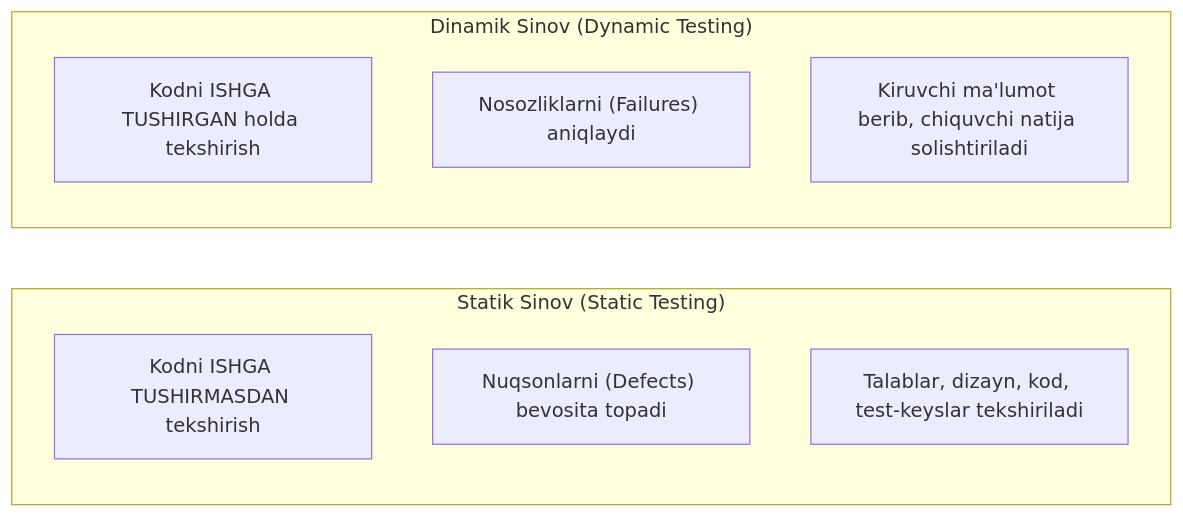
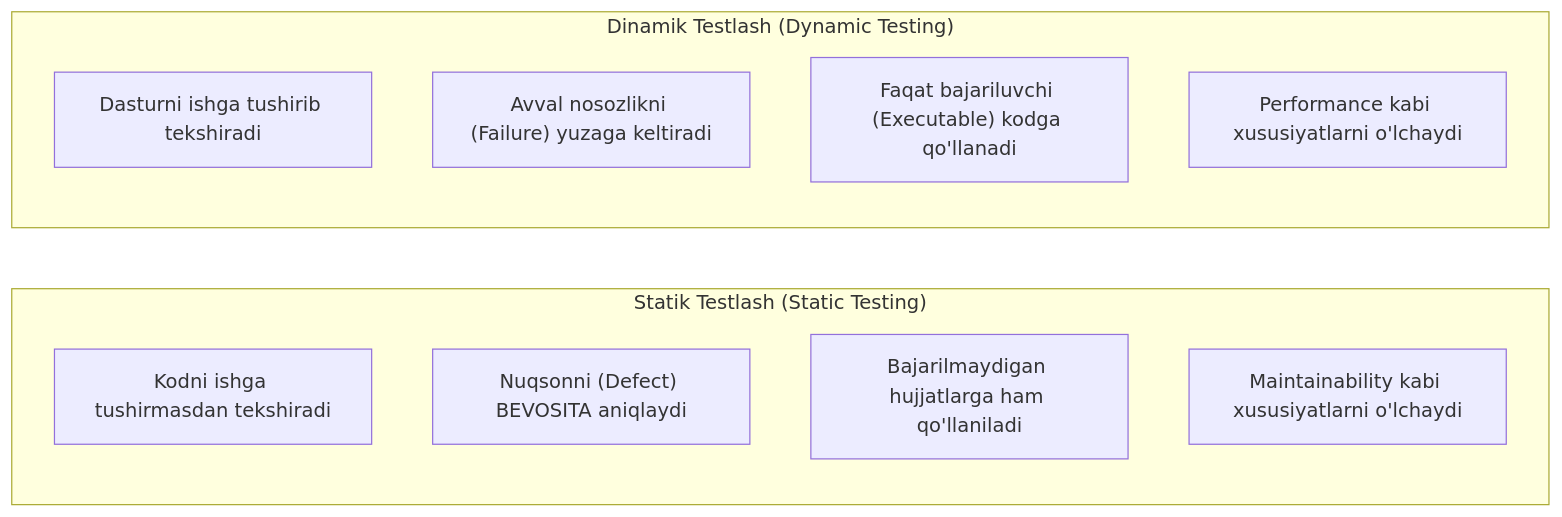
The second of 5 diagrams in app/docs/istqb-foundation/static-testing/page.mdx (Ergashov15/qa-uzbekistan), drawn with Mermaid before and after one commit. The commit also changed other lines of this file and 5 other files, not shown here.

````diff
--- a/app/docs/istqb-foundation/static-testing/page.mdx
+++ b/app/docs/istqb-foundation/static-testing/page.mdx
@@ -13,13 +119,15 @@
 ```mermaid
 flowchart LR
-    subgraph Static["Statik Sinov (Static Testing)"]
-        S1["Kodni ISHGA TUSHIRMASDAN tekshirish"]
-        S2["Nuqsonlarni (Defects) bevosita topadi"]
-        S3["Talablar, dizayn, kod, test-keyslar tekshiriladi"]
+    subgraph ST["Statik Testlash (Static Testing)"]
+        S1["Kodni ishga tushirmasdan tekshiradi"]
+        S2["Nuqsonni (Defect) BEVOSITA aniqlaydi"]
+        S3["Bajarilmaydigan hujjatlarga ham qo'llaniladi"]
+        S4["Maintainability kabi xususiyatlarni o'lchaydi"]
     end
-    subgraph Dynamic["Dinamik Sinov (Dynamic Testing)"]
-        D1["Kodni ISHGA TUSHIRGAN holda tekshirish"]
-        D2["Nosozliklarni (Failures) aniqlaydi"]
-        D3["Kiruvchi ma'lumot berib, chiquvchi natija solishtiriladi"]
+    subgraph DT["Dinamik Testlash (Dynamic Testing)"]
+        D1["Dasturni ishga tushirib tekshiradi"]
+        D2["Avval nosozlikni (Failure) yuzaga keltiradi"]
+        D3["Faqat bajariluvchi (Executable) kodga qo'llanadi"]
+        D4["Performance kabi xususiyatlarni o'lchaydi"]
     end
 ```
````
